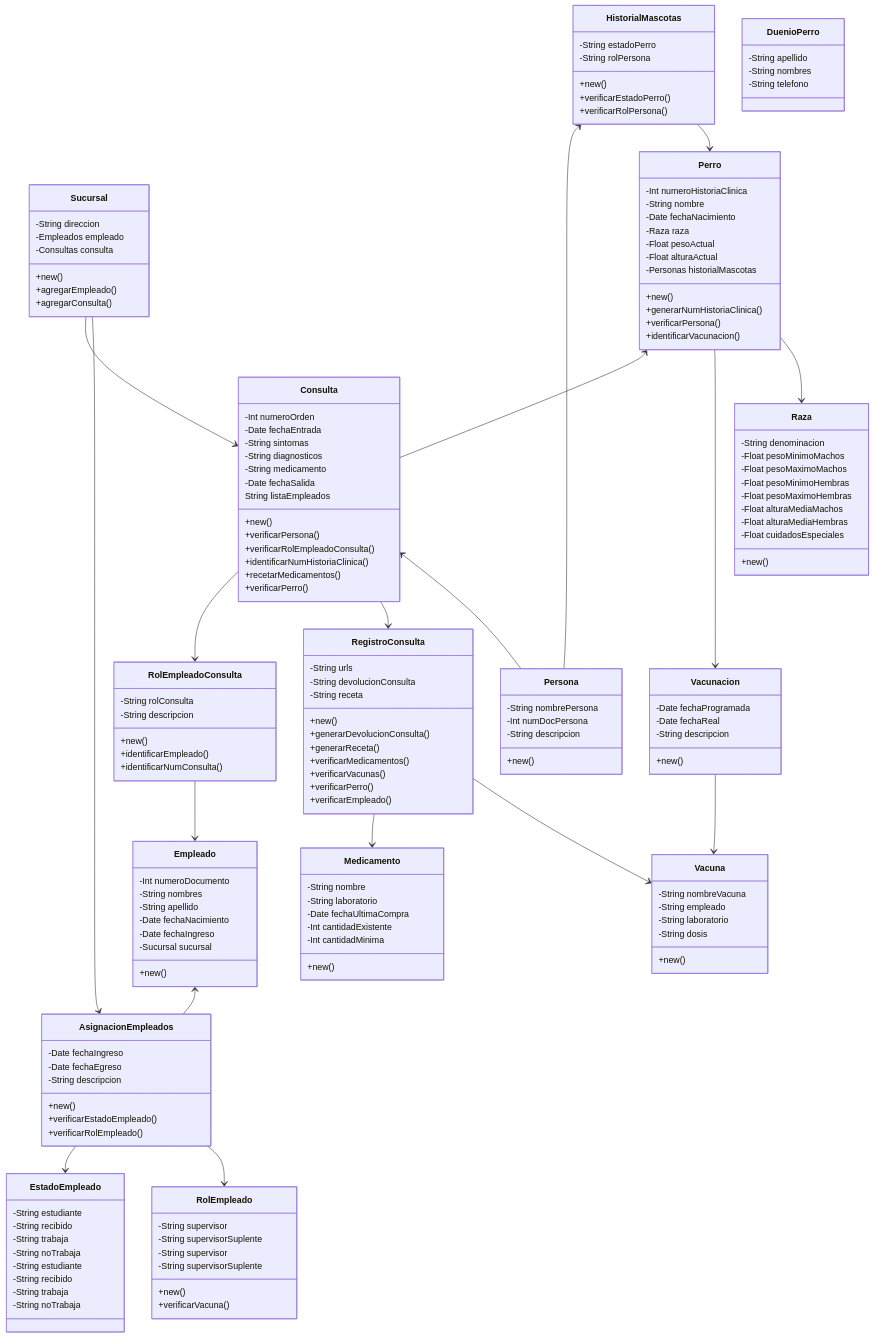
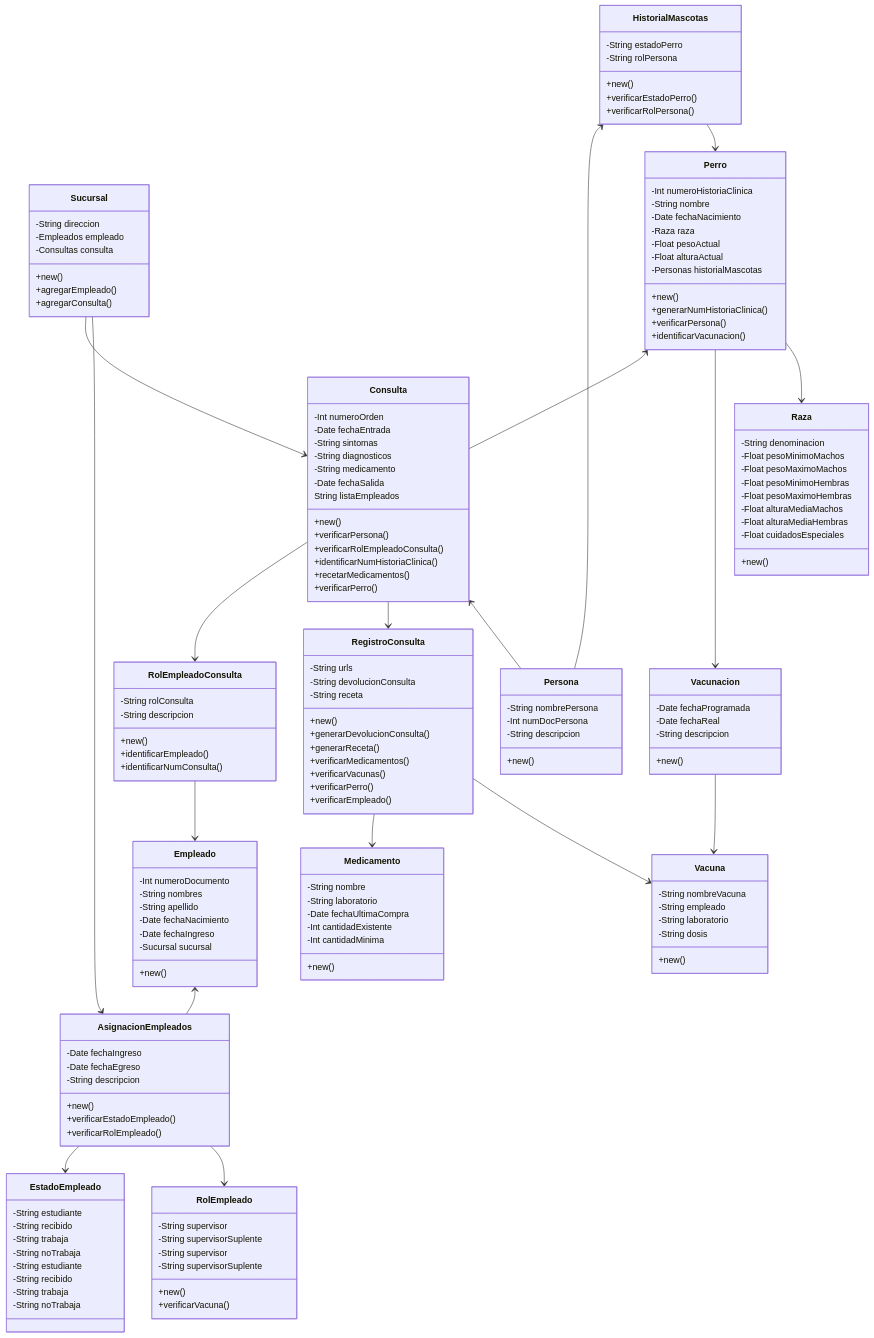
One commit to joacohlavach/ElSabuesoFeliz changed the diagram in Docs/mmd_archivos/classDiagram.mmd. Above: the diagram before and after it, drawn with Mermaid. The commit also changed 1 other file, not shown here.

```diff
--- a/Docs/mmd_archivos/classDiagram.mmd
+++ b/Docs/mmd_archivos/classDiagram.mmd
@@ -1,178 +1,173 @@
 classDiagram
   class Sucursal {
     -String direccion
     -Empleados empleado
     -Consultas consulta
 
     +new()
     +agregarEmpleado()
     +agregarConsulta()
   }
   class Empleado {
     -Int numeroDocumento
     -String nombres
     -String apellido
     -Date fechaNacimiento
     -Date fechaIngreso
     -Sucursal sucursal
 
     +new()
     
   }
   class AsignacionEmpleados {
     -Date fechaIngreso
     -Date fechaEgreso
     -String descripcion
 
     +new()
     +verificarEstadoEmpleado()
     +verificarRolEmpleado()
   }
   class Perro {
     -Int numeroHistoriaClinica
     -String nombre
     -Date fechaNacimiento
     -Raza raza
     -Float pesoActual
     -Float alturaActual
     -Personas historialMascotas
 
     +new()
     +generarNumHistoriaClinica()
     +verificarPersona()
     +identificarVacunacion()
   }
   class HistorialMascotas {
     -String estadoPerro
     -String rolPersona
 
     +new()
     +verificarEstadoPerro()
     +verificarRolPersona()
   }
   class Persona {
     -String nombrePersona
     -Int numDocPersona
     -String descripcion
 
     +new()
   }
   class Raza {
     -String denominacion
     -Float pesoMinimoMachos
     -Float pesoMaximoMachos
     -Float pesoMinimoHembras
     -Float pesoMaximoHembras
     -Float alturaMediaMachos
     -Float alturaMediaHembras
     -Float cuidadosEspeciales
 
     +new()
   }
   class Consulta {
     -Int numeroOrden
     -Date fechaEntrada
     -String sintomas
     -String diagnosticos
     -String medicamento
     -Date fechaSalida
     String listaEmpleados
 
     +new()
     +verificarPersona()
     +verificarRolEmpleadoConsulta()
     +identificarNumHistoriaClinica()
     +recetarMedicamentos()
     +verificarPerro()
   }
   class RegistroConsulta{
     -String urls
     -String devolucionConsulta
     -String receta
 
     +new()
     +generarDevolucionConsulta()
     +generarReceta()
     +verificarMedicamentos()
     +verificarVacunas()
     +verificarPerro()
     +verificarEmpleado()
   }
   class RolEmpleadoConsulta {
     -String rolConsulta
     -String descripcion
 
     +new()
     +identificarEmpleado()
     +identificarNumConsulta()
   }
   class Vacunacion {
     -Date fechaProgramada
     -Date fechaReal
     -String descripcion
 
     +new()
   }
-  class DuenioPerro {
-    -String apellido
-    -String nombres
-    -String telefono
-  }
   class EstadoEmpleado {
     -String estudiante
     -String recibido
     -String trabaja
     -String noTrabaja
   }
   class RolEmpleado {
     -String supervisor
     -String supervisorSuplente
 
     +new()
     +verificarVacuna()
     }
   class Vacuna {
     -String nombreVacuna
     -String empleado
     -String laboratorio
     -String dosis
 
     +new()
   }
   class Medicamento {
     -String nombre
     -String laboratorio
     -Date fechaUltimaCompra
     -Int cantidadExistente
     -Int cantidadMinima
 
     +new()
   }
   class EstadoEmpleado {
     -String estudiante
     -String recibido
     -String trabaja
     -String noTrabaja
   }
   class RolEmpleado {
     -String supervisor
     -String supervisorSuplente
   }
 
   Consulta --> RolEmpleadoConsulta
   RolEmpleadoConsulta --> Empleado
   HistorialMascotas <-- Persona
   Sucursal --> Consulta
   AsignacionEmpleados <-- Sucursal
   AsignacionEmpleados --> EstadoEmpleado
   AsignacionEmpleados --> RolEmpleado
   Empleado <-- AsignacionEmpleados
   Perro <-- Consulta
   Perro --> Vacunacion
   Vacunacion --> Vacuna
   Consulta --> RegistroConsulta
   RegistroConsulta --> Medicamento
   RegistroConsulta --> Vacuna
   Consulta <-- Persona
   HistorialMascotas --> Perro
   Perro --> Raza
```
